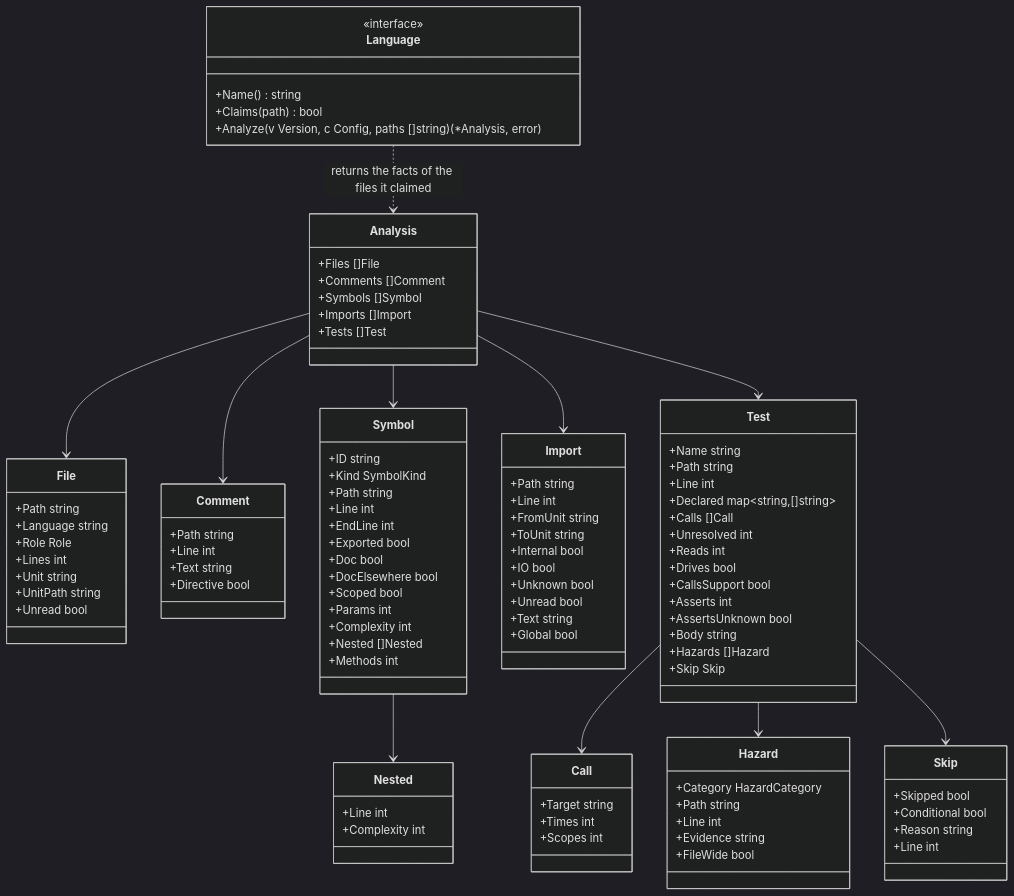
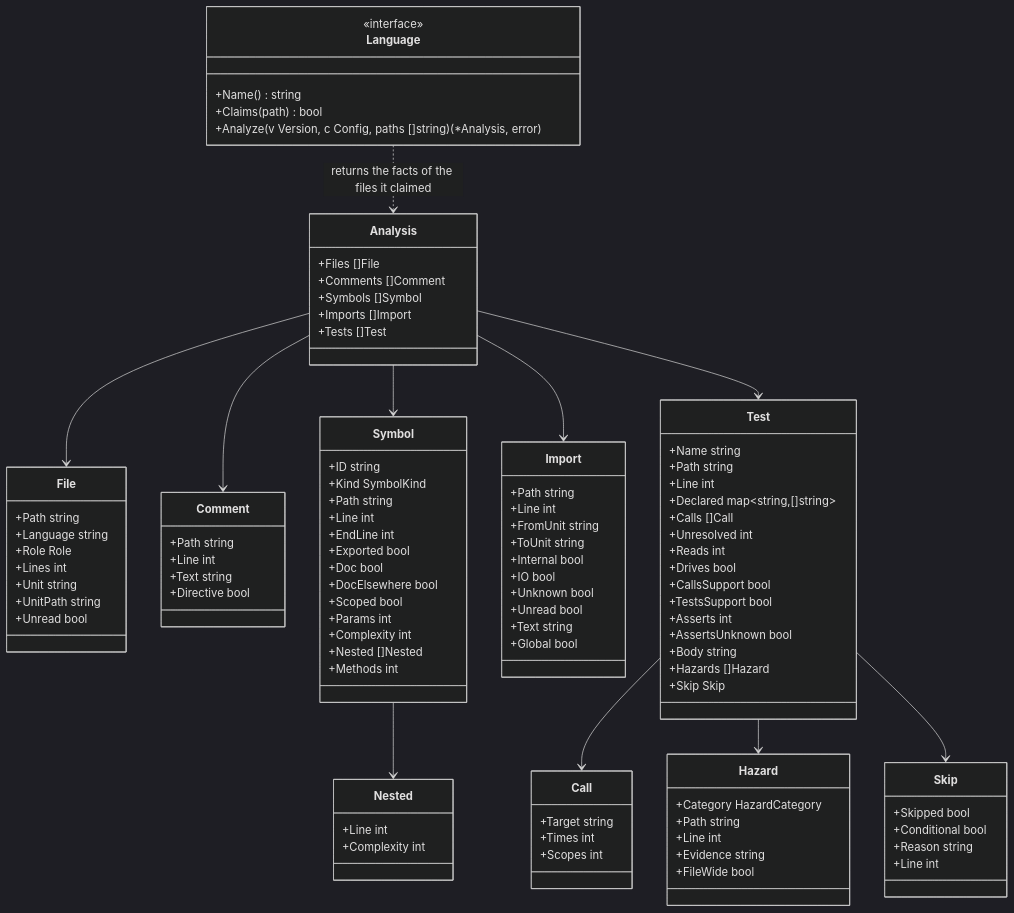
The diagram in docs/design/adapters.md (rerorets/hadome), drawn with Mermaid (dark theme) before and after one commit. The commit also changed other lines of this file and 14 other files, not shown here.

Commit message:
Only the own test of test support code is spared tests/guards-nothing, and a product test that calls only support code is reported as calling only test support code

```diff
--- a/docs/design/adapters.md
+++ b/docs/design/adapters.md
@@ -85,6 +85,7 @@
     +Reads int
     +Drives bool
     +CallsSupport bool
+    +TestsSupport bool
     +Asserts int
     +AssertsUnknown bool
     +Body string
```
